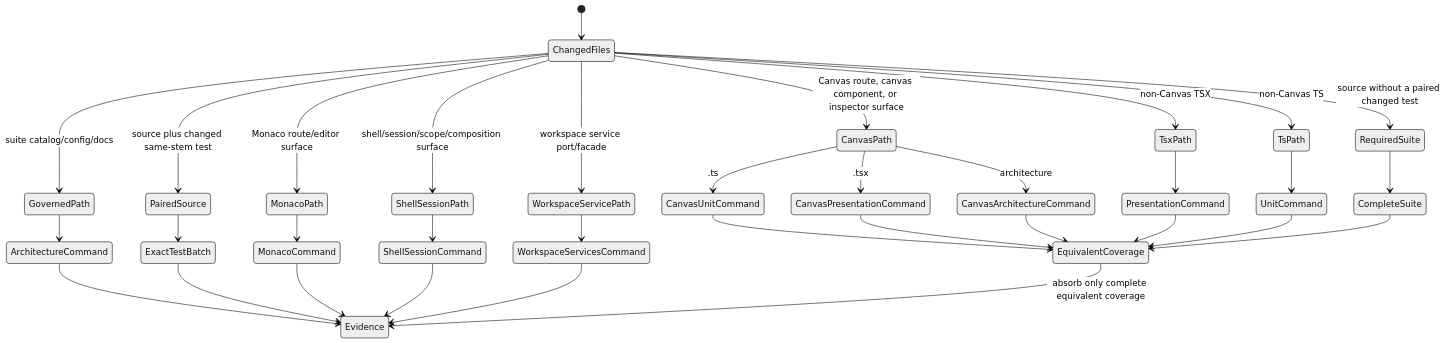
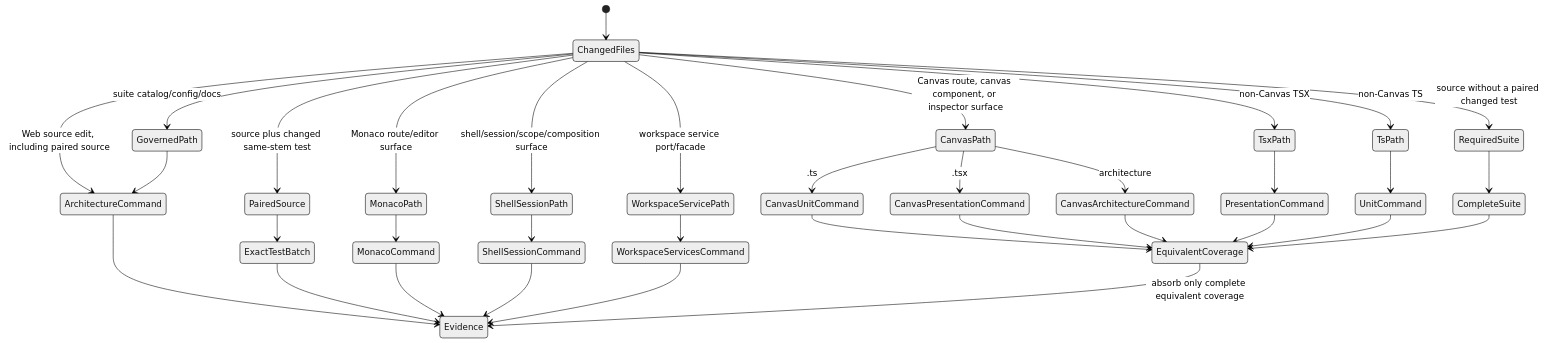
Before and after one commit to dunay2/dvt: the first of 4 diagrams in docs/architecture/components/web/web-vitest-changed-suite-router-component.md, drawn with Mermaid (neutral theme). The commit also changed other lines of this file and 9 other files, not shown here.

Commit message:
fix(ci): Preserve cross-module architecture evidence for Web source edits (#3568)

````diff
--- a/docs/architecture/components/web/web-vitest-changed-suite-router-component.md
+++ b/docs/architecture/components/web/web-vitest-changed-suite-router-component.md
@@ -96,36 +102,37 @@
 ```mermaid
 stateDiagram-v2
   [*] --> ChangedFiles
   ChangedFiles --> GovernedPath: suite catalog/config/docs
+  ChangedFiles --> ArchitectureCommand: Web source edit, including paired source
   ChangedFiles --> PairedSource: source plus changed same-stem test
   ChangedFiles --> RequiredSuite: source without a paired changed test
   ChangedFiles --> CanvasPath: Canvas route, canvas component, or inspector surface
   ChangedFiles --> MonacoPath: Monaco route/editor surface
   ChangedFiles --> ShellSessionPath: shell/session/scope/composition surface
   ChangedFiles --> WorkspaceServicePath: workspace service port/facade
   ChangedFiles --> TsxPath: non-Canvas TSX
   ChangedFiles --> TsPath: non-Canvas TS
   GovernedPath --> ArchitectureCommand
   PairedSource --> ExactTestBatch
   RequiredSuite --> CompleteSuite
   CanvasPath --> CanvasUnitCommand: .ts
   CanvasPath --> CanvasPresentationCommand: .tsx
   CanvasPath --> CanvasArchitectureCommand: architecture
   MonacoPath --> MonacoCommand
   ShellSessionPath --> ShellSessionCommand
   WorkspaceServicePath --> WorkspaceServicesCommand
   TsxPath --> PresentationCommand
   TsPath --> UnitCommand
   ArchitectureCommand --> Evidence
   ExactTestBatch --> Evidence
   CanvasUnitCommand --> EquivalentCoverage
   CanvasPresentationCommand --> EquivalentCoverage
   CanvasArchitectureCommand --> EquivalentCoverage
   MonacoCommand --> Evidence
   ShellSessionCommand --> Evidence
   WorkspaceServicesCommand --> Evidence
   PresentationCommand --> EquivalentCoverage
   UnitCommand --> EquivalentCoverage
   CompleteSuite --> EquivalentCoverage
   EquivalentCoverage --> Evidence: absorb only complete equivalent coverage
 ```
````
